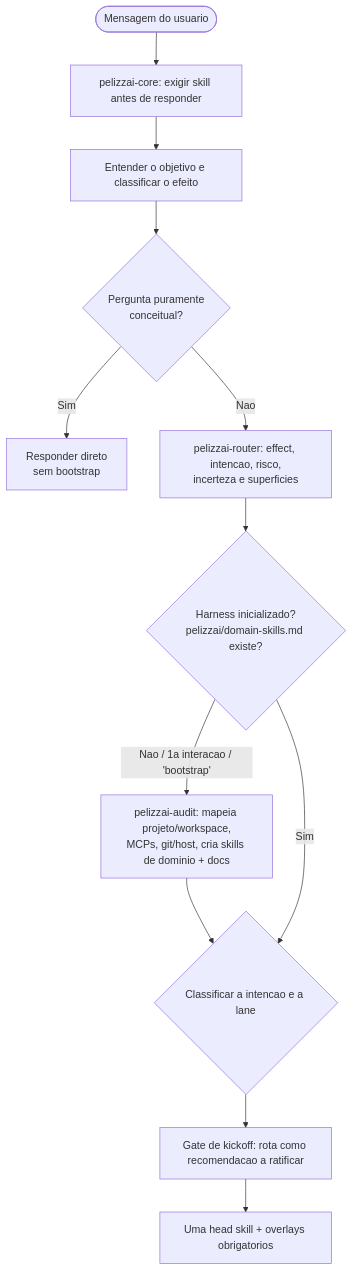
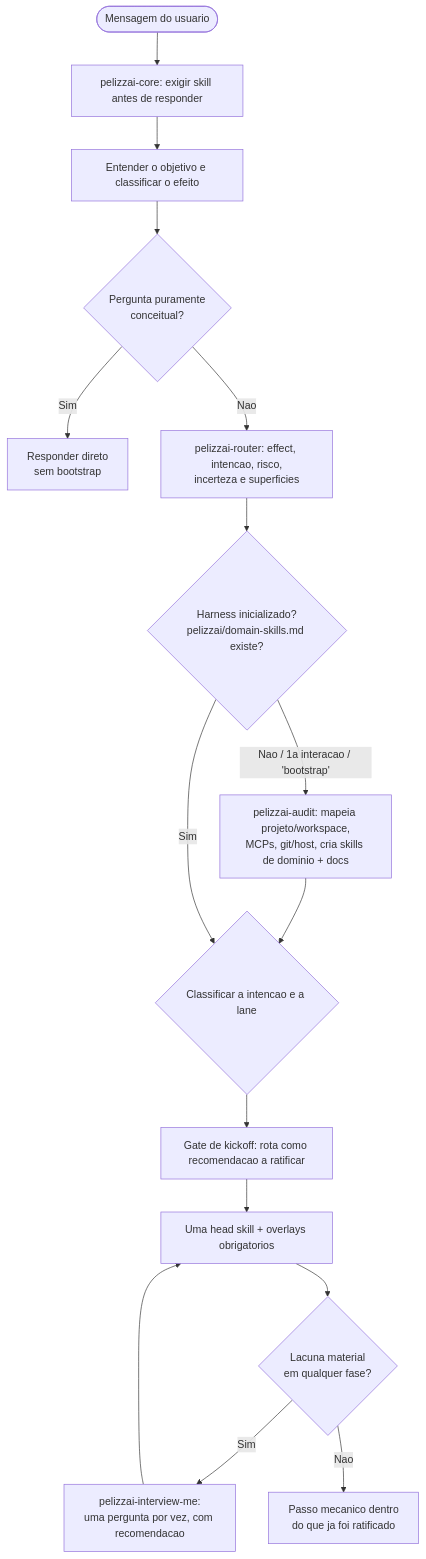
One commit to rpelizza/PelizzAI changed the diagram in .agents/skills/pelizzai-core/SKILL.md. Above: the diagram before and after it, drawn with Mermaid. The commit also changed other lines of this file and 22 other files, not shown here.

````diff
--- a/.agents/skills/pelizzai-core/SKILL.md
+++ b/.agents/skills/pelizzai-core/SKILL.md
@@ -175,14 +183,18 @@
 ```mermaid
 flowchart TD
     U(["Mensagem do usuario"]) --> P["pelizzai-core: exigir skill antes de responder"]
     P --> G["Entender o objetivo e classificar o efeito"]
     G --> CONC{"Pergunta puramente<br/>conceitual?"}
     CONC -- "Sim" --> ANSC["Responder direto<br/>sem bootstrap"]
     CONC -- "Nao" --> RT["pelizzai-router: effect, intencao, risco,<br/>incerteza e superficies"]
     RT --> BOOT{"Harness inicializado?<br/>pelizzai/domain-skills.md existe?"}
     BOOT -- "Nao / 1a interacao / 'bootstrap'" --> AUD["pelizzai-audit: mapeia projeto/workspace,<br/>MCPs, git/host, cria skills de dominio + docs"]
     AUD --> CLS
     BOOT -- "Sim" --> CLS{"Classificar a intencao e a lane"}
     CLS --> KICK["Gate de kickoff: rota como recomendacao a ratificar"]
     KICK --> HEAD["Uma head skill + overlays obrigatorios"]
+    HEAD --> GAP{"Lacuna material<br/>em qualquer fase?"}
+    GAP -- "Sim" --> IV["pelizzai-interview-me:<br/>uma pergunta por vez, com recomendacao"]
+    IV --> HEAD
+    GAP -- "Nao" --> GO["Passo mecanico dentro<br/>do que ja foi ratificado"]
 ```
````
